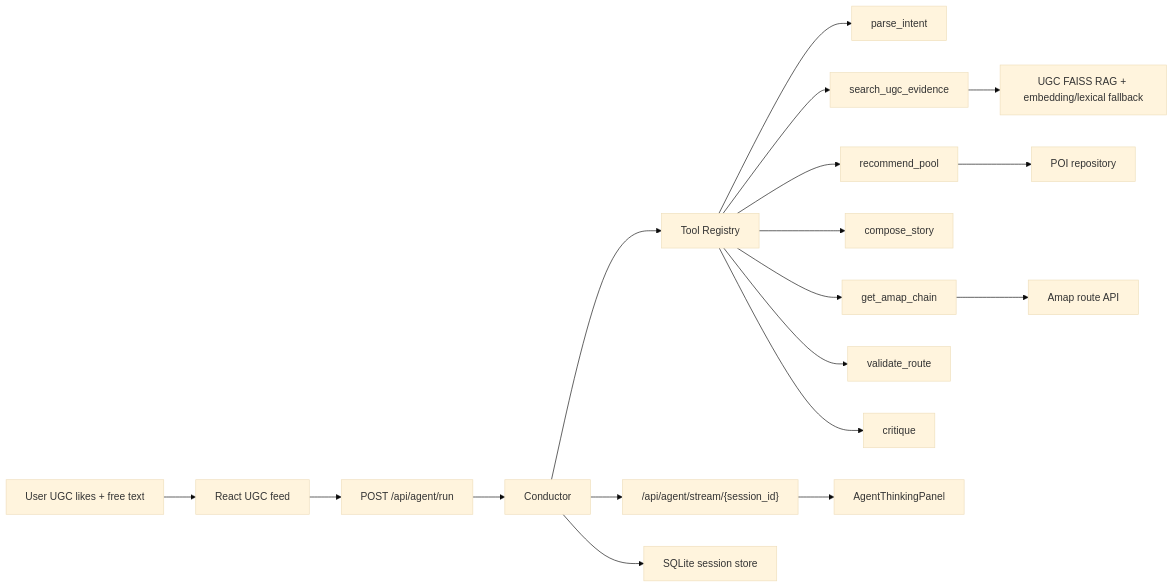
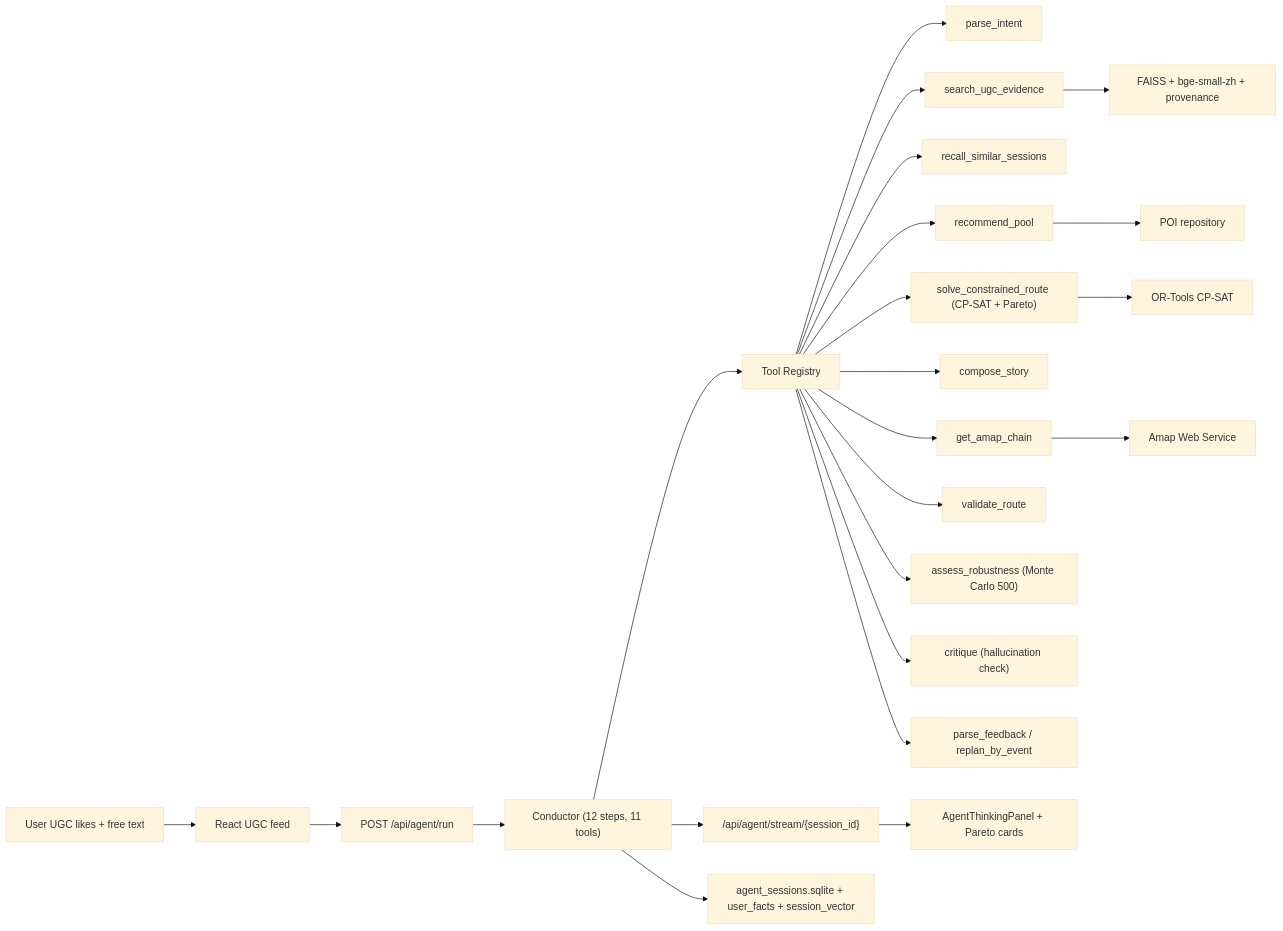
One commit to Pixe1003/AI-local-route-planne changed the diagram in README.md. Above: the diagram before and after it, drawn with Mermaid (base theme). The commit also changed other lines of this file and 15 other files, not shown here.

````diff
--- a/README.md
+++ b/README.md
@@ -9,20 +27,25 @@
 ```mermaid
 flowchart LR
   U["User UGC likes + free text"] --> F["React UGC feed"]
   F --> A["POST /api/agent/run"]
-  A --> C["Conductor"]
+  A --> C["Conductor (12 steps, 11 tools)"]
   C --> T["Tool Registry"]
   T --> I["parse_intent"]
   T --> R["search_ugc_evidence"]
+  T --> RE["recall_similar_sessions"]
   T --> P["recommend_pool"]
+  T --> SO["solve_constrained_route (CP-SAT + Pareto)"]
   T --> S["compose_story"]
   T --> M["get_amap_chain"]
   T --> V["validate_route"]
-  T --> Q["critique"]
-  R --> UGC["UGC FAISS RAG + embedding/lexical fallback"]
+  T --> RB["assess_robustness (Monte Carlo 500)"]
+  T --> Q["critique (hallucination check)"]
+  T --> PF["parse_feedback / replan_by_event"]
+  R --> UGC["FAISS + bge-small-zh + provenance"]
   P --> POI["POI repository"]
-  M --> AMAP["Amap route API"]
+  SO --> OR["OR-Tools CP-SAT"]
+  M --> AMAP["Amap Web Service"]
   C --> SSE["/api/agent/stream/{session_id}"]
-  SSE --> UI["AgentThinkingPanel"]
-  C --> DB["SQLite session store"]
+  SSE --> UI["AgentThinkingPanel + Pareto cards"]
+  C --> DB["agent_sessions.sqlite + user_facts + session_vector"]
 ```
````
